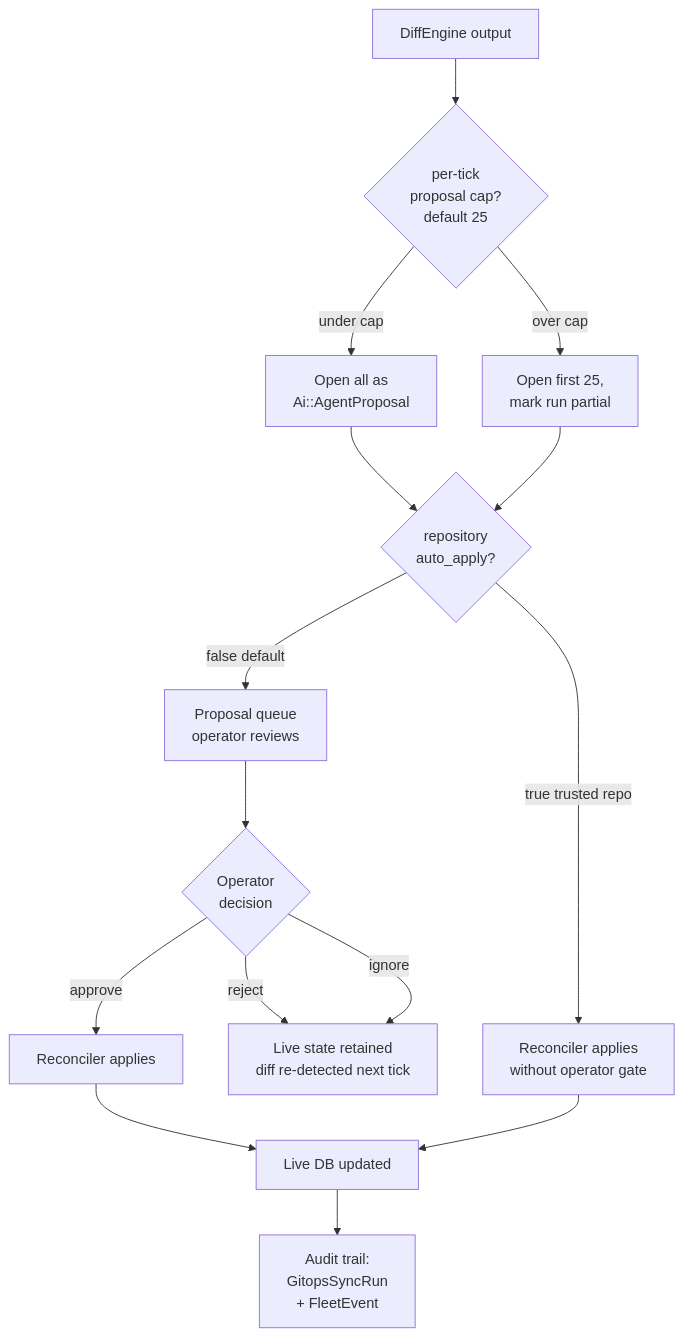
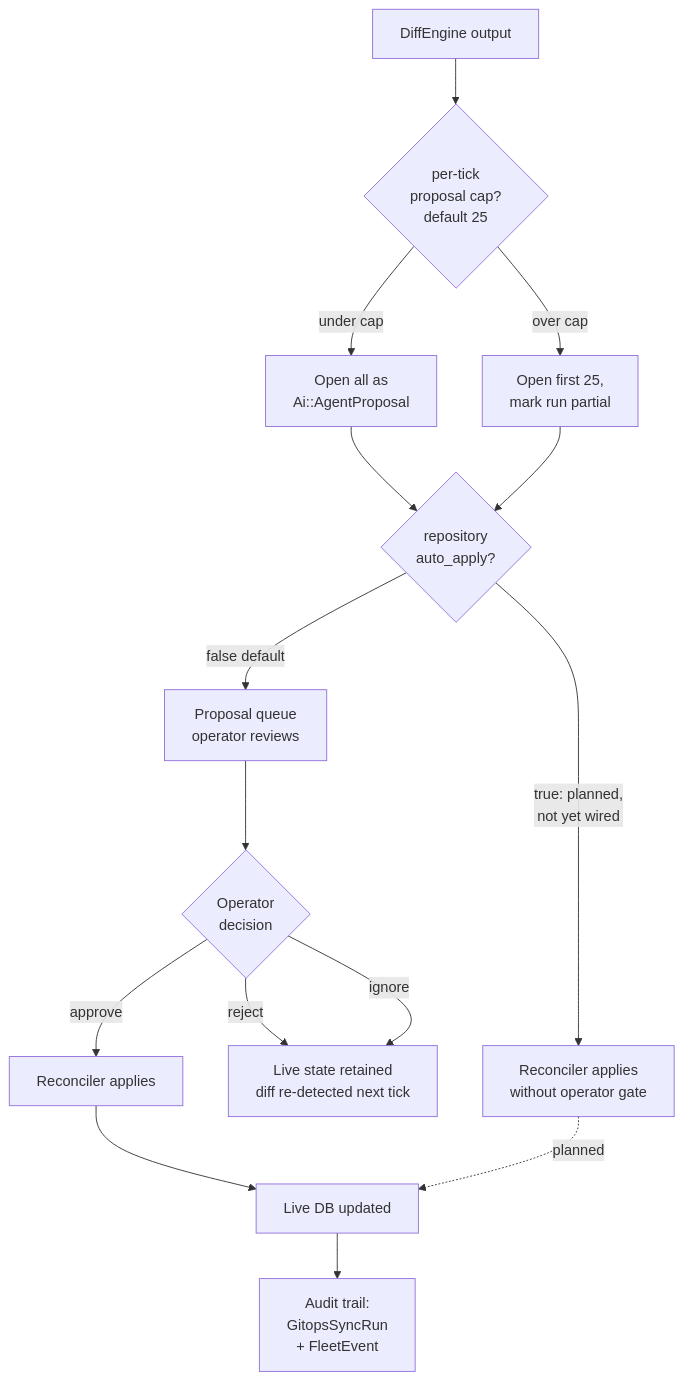
Before and after one commit to nodealchemy/powernode-system: the second of 2 diagrams in docs/gitops.md, drawn with Mermaid. The commit also changed other lines of this file and 63 other files, not shown here.

````diff
--- a/docs/gitops.md
+++ b/docs/gitops.md
@@ -71,17 +81,17 @@
 ```mermaid
 flowchart TD
     Diff[DiffEngine output] --> Cap{per-tick<br/>proposal cap?<br/>default 25}
     Cap -->|under cap| OpenAll[Open all as<br/>Ai::AgentProposal]
     Cap -->|over cap| OpenSome[Open first 25,<br/>mark run partial]
     OpenAll --> Mode{repository<br/>auto_apply?}
     OpenSome --> Mode
     Mode -->|false default| Queue[Proposal queue<br/>operator reviews]
-    Mode -->|true trusted repo| AutoApply[Reconciler applies<br/>without operator gate]
+    Mode -->|true: planned,<br/>not yet wired| AutoApply[Reconciler applies<br/>without operator gate]
     Queue --> Op{Operator<br/>decision}
     Op -->|approve| Apply[Reconciler applies]
     Op -->|reject| Retain[Live state retained<br/>diff re-detected next tick]
     Op -->|ignore| Retain
     Apply --> Sync2[Live DB updated]
-    AutoApply --> Sync2
+    AutoApply -.planned.-> Sync2
     Sync2 --> Audit[Audit trail:<br/>GitopsSyncRun<br/>+ FleetEvent]
 ```
````
